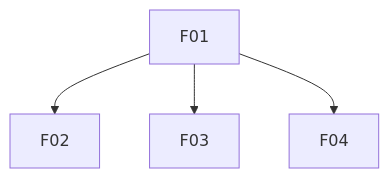
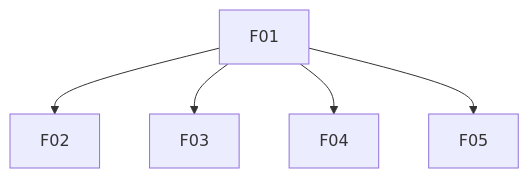
One commit to mikeshoo35-a11y/website3 changed the diagram in 1-scope/features-list.md. Above: the diagram before and after it, drawn with Mermaid. The commit also changed other lines of this file and 15 other files, not shown here.

````diff
--- a/1-scope/features-list.md
+++ b/1-scope/features-list.md
@@ -14,6 +15,7 @@
 ```mermaid
 flowchart TD
     F01 --> F02
     F01 --> F03
     F01 --> F04
+    F01 --> F05
 ```
````
